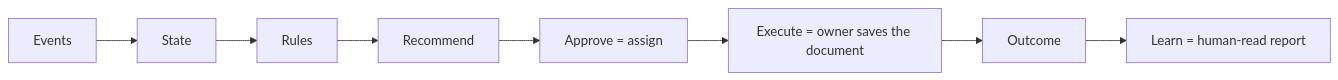
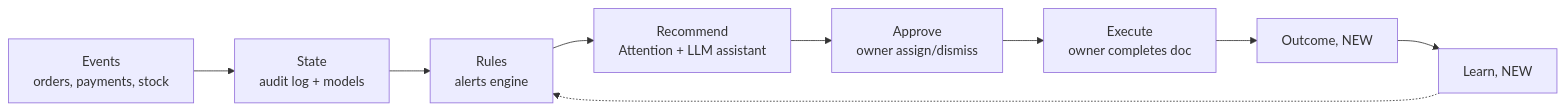
Before and after one commit to paurushk/Bizboard: the third of 3 diagrams in docs/roadmap/BIZBOARD_OS_VISION_IMPLEMENTATION_PLAN_2026-09-23.md, drawn with Mermaid. The commit also changed other lines of this file and 565 other files, not shown here.

````diff
--- a/docs/roadmap/BIZBOARD_OS_VISION_IMPLEMENTATION_PLAN_2026-09-23.md
+++ b/docs/roadmap/BIZBOARD_OS_VISION_IMPLEMENTATION_PLAN_2026-09-23.md
@@ -380,10 +297,11 @@
 ```mermaid
 flowchart LR
-  EV[Events] --> ST[State]
-  ST --> RU[Rules]
-  RU --> RE[Recommend]
-  RE --> AP[Approve = assign]
-  AP --> EX[Execute = owner saves the document]
-  EX --> OU[Outcome]
-  OU --> LE[Learn = human-read report]
+  EV[Events<br/>orders, payments, stock] --> ST[State<br/>audit log + models]
+  ST --> RU[Rules<br/>alerts engine]
+  RU --> RE[Recommend<br/>Attention + LLM assistant]
+  RE --> AP[Approve<br/>owner assign/dismiss]
+  AP --> EX[Execute<br/>owner completes doc]
+  EX --> OU[Outcome, NEW]
+  OU --> LE[Learn, NEW]
+  LE -.-> RU
 ```
````
